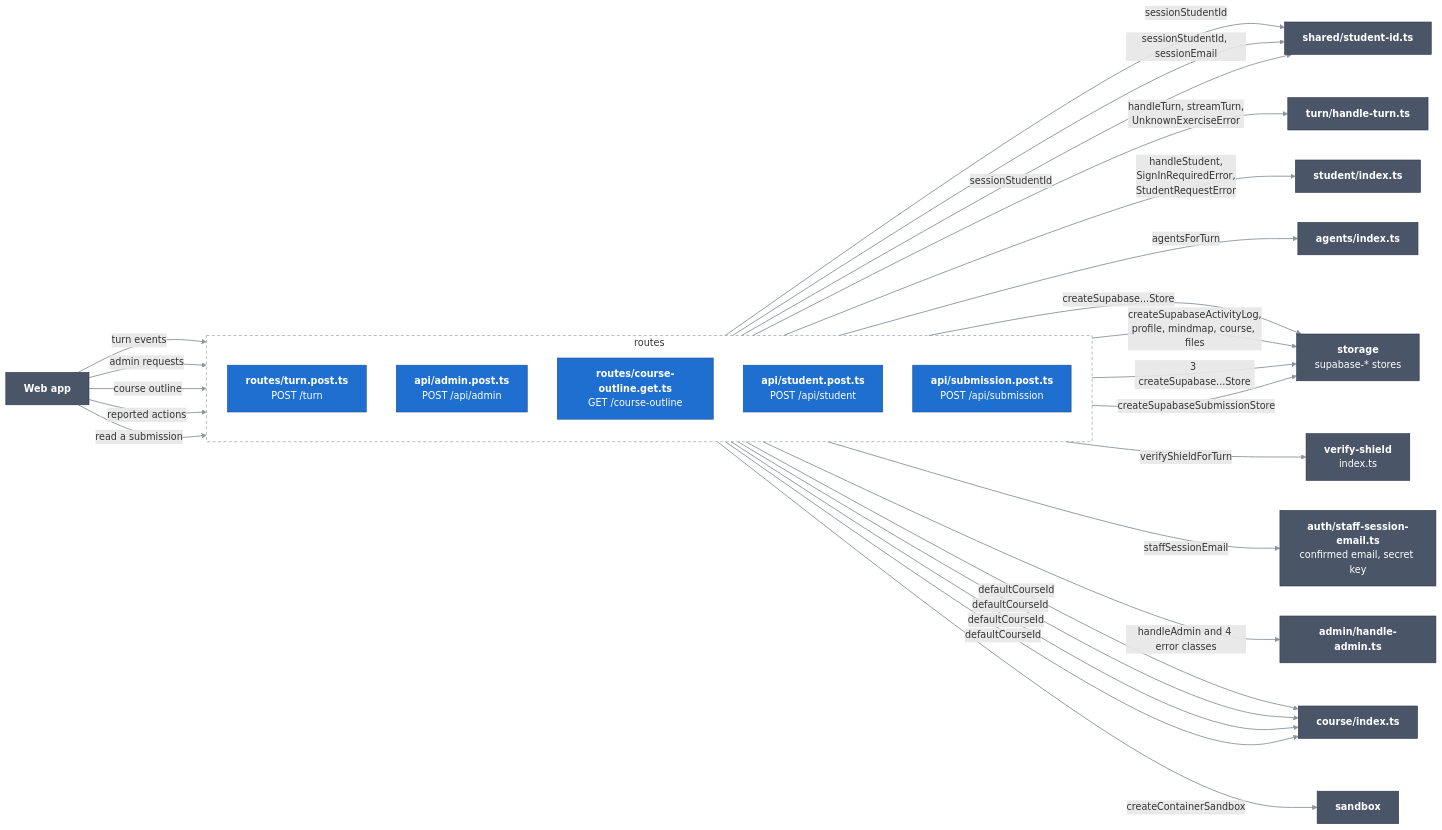
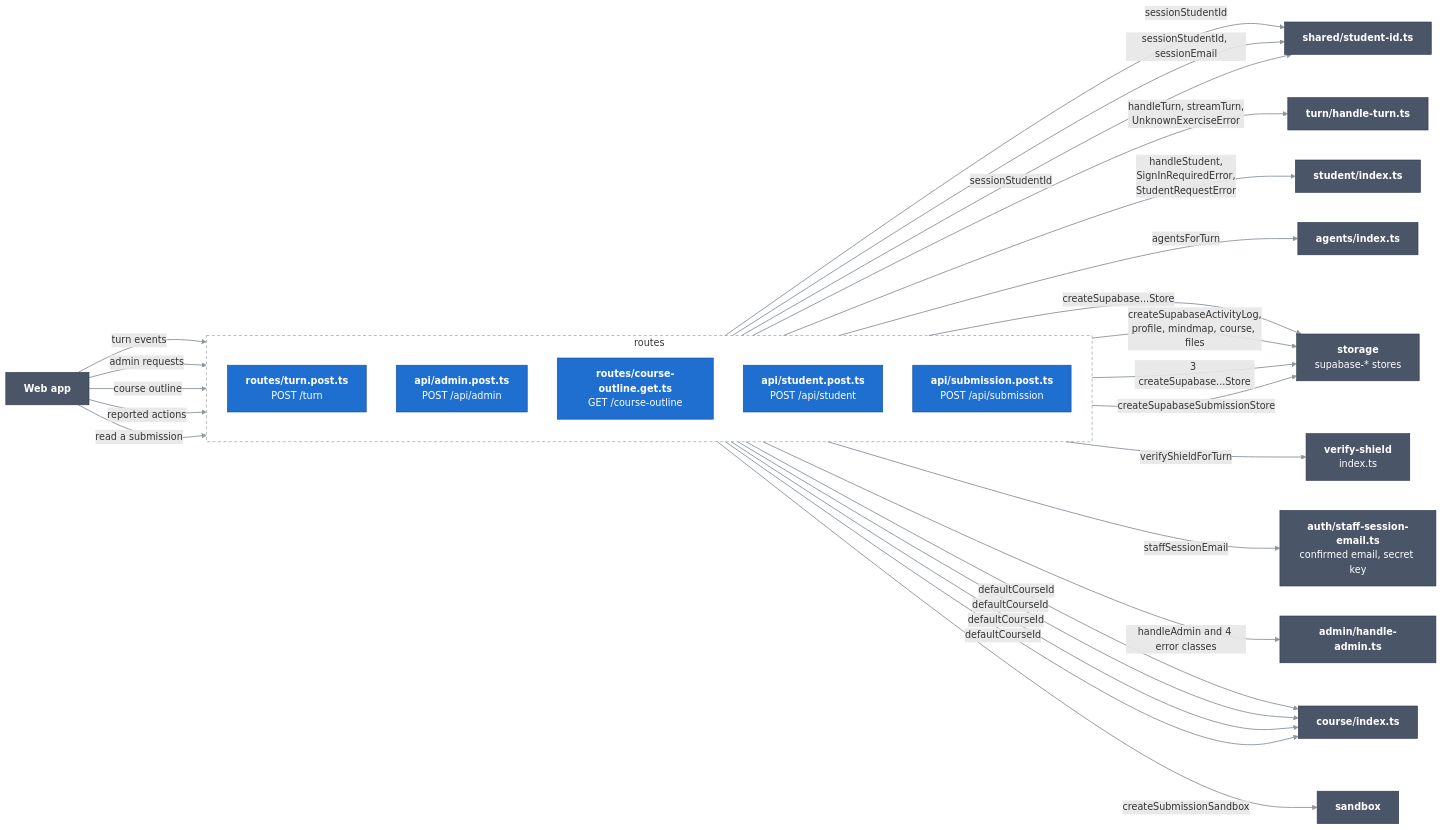
One commit to Bill2926/COS40005_HN9_Verifiable_Co-Learner_Agent changed the diagram in docs/c4/03-components/server/01-routes.md. Above: the diagram before and after it, drawn with Mermaid. The commit also changed other lines of this file and 38 other files, not shown here.

````diff
--- a/docs/c4/03-components/server/01-routes.md
+++ b/docs/c4/03-components/server/01-routes.md
@@ -10,54 +10,54 @@
 ```mermaid
 flowchart LR
   classDef comp fill:#1f6fd0,stroke:#164f96,color:#ffffff
   classDef near fill:#4a5568,stroke:#2d3748,color:#ffffff
   linkStyle default stroke:#8b949e,stroke-width:1.5px
 
   spa["<b>Web app</b>"]:::near
 
   subgraph routes["routes"]
     direction TB
     turnRoute["<b>routes/turn.post.ts</b><br/>POST /turn"]:::comp
     adminRoute["<b>api/admin.post.ts</b><br/>POST /api/admin"]:::comp
     outlineRoute["<b>routes/course-outline.get.ts</b><br/>GET /course-outline"]:::comp
     studentRoute["<b>api/student.post.ts</b><br/>POST /api/student"]:::comp
     submissionRoute["<b>api/submission.post.ts</b><br/>POST /api/submission"]:::comp
   end
 
   handleTurn["<b>turn/handle-turn.ts</b>"]:::near
   handleStudent["<b>student/index.ts</b>"]:::near
   handleAdmin["<b>admin/handle-admin.ts</b>"]:::near
   agents["<b>agents/index.ts</b>"]:::near
   stores["<b>storage</b><br/>supabase-* stores"]:::near
   shield["<b>verify-shield</b><br/>index.ts"]:::near
   studentId["<b>shared/student-id.ts</b>"]:::near
   course["<b>course/index.ts</b>"]:::near
 
   spa ==>|"turn events"| turnRoute
   spa ==>|"admin requests"| adminRoute
   spa ==>|"course outline"| outlineRoute
   spa ==>|"reported actions"| studentRoute
   spa ==>|"read a submission"| submissionRoute
 
   turnRoute -->|"sessionStudentId"| studentId
   studentRoute -->|"sessionStudentId, sessionEmail"| studentId
   turnRoute -->|"handleTurn, streamTurn,<br/>UnknownExerciseError"| handleTurn
   studentRoute -->|"handleStudent,<br/>SignInRequiredError,<br/>StudentRequestError"| handleStudent
   turnRoute -->|"agentsForTurn"| agents
   turnRoute -->|"createSupabase...Store"| stores
   studentRoute -->|"createSupabaseActivityLog,<br/>profile, mindmap, course, files"| stores
   turnRoute -->|"verifyShieldForTurn"| shield
   staffEmail["<b>auth/staff-session-email.ts</b><br/>confirmed email, secret key"]:::near
   adminRoute -->|"staffSessionEmail"| staffEmail
   adminRoute -->|"handleAdmin and 4 error classes"| handleAdmin
   adminRoute -->|"3 createSupabase...Store"| stores
   outlineRoute -->|"defaultCourseId"| course
   studentRoute -->|"defaultCourseId"| course
   submissionRoute -->|"defaultCourseId"| course
   submissionRoute -->|"sessionStudentId"| studentId
   submissionRoute -->|"createSupabaseSubmissionStore"| stores
-  turnRoute -->|"createContainerSandbox"| sandbox["<b>sandbox</b>"]:::near
+  turnRoute -->|"createSubmissionSandbox"| sandbox["<b>sandbox</b>"]:::near
   turnRoute -->|"defaultCourseId"| course
 
   style routes fill:none,stroke:#8b949e,stroke-dasharray:5 4
 ```
````
